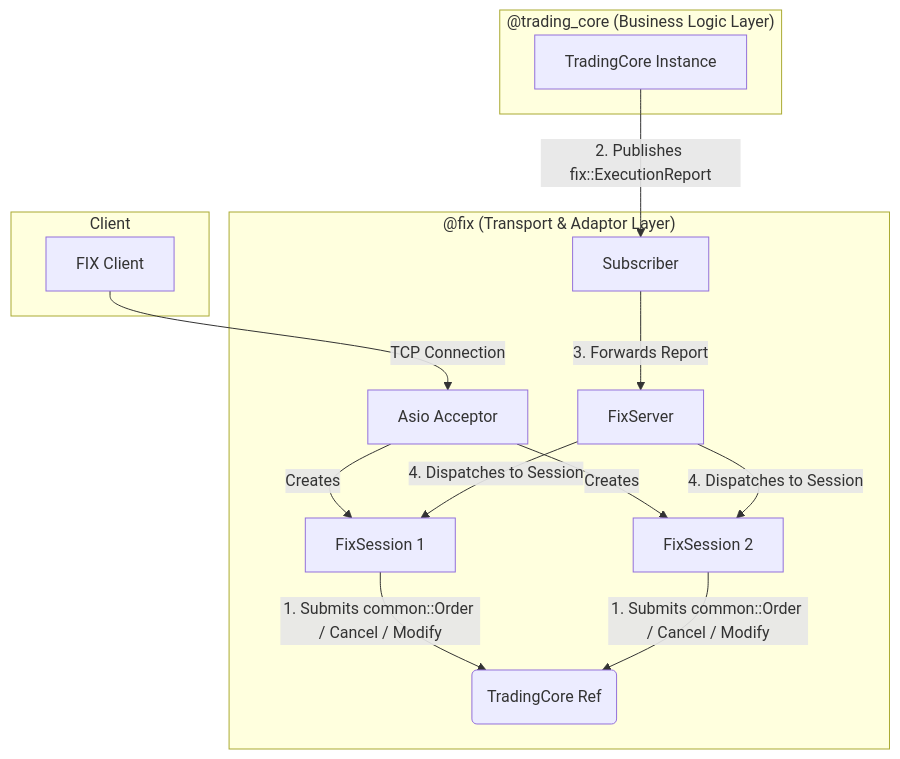
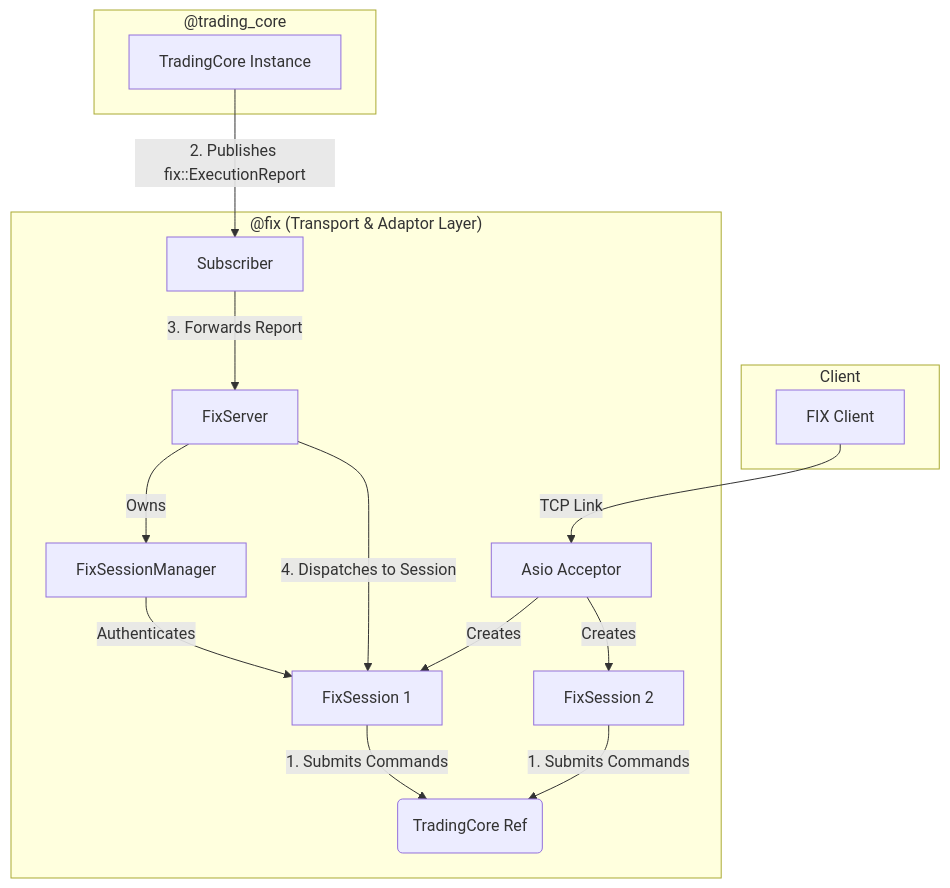
Before and after one commit to SujalChoudhari/BetaTrader: the diagram in core/fix/TSD.md, drawn with Mermaid. The commit also changed other lines of this file and 4 other files, not shown here.

Commit message:
docs: Update TSDs and READMEs to reflect recent architectural changes

````diff
--- a/core/fix/TSD.md
+++ b/core/fix/TSD.md
@@ -13,25 +13,27 @@
 ```mermaid
 graph TD
     subgraph "Client"
         C[FIX Client]
     end
 
     subgraph "@fix (Transport & Adaptor Layer)"
         A[Asio Acceptor] -->|Creates| S1[FixSession 1]
         A -->|Creates| S2[FixSession 2]
         
-        S1 --"1. Submits common::Order / Cancel / Modify"--> TC_REF
-        S2 --"1. Submits common::Order / Cancel / Modify"--> TC_REF
+        S1 --"1. Submits Commands"--> TC_REF
+        S2 --"1. Submits Commands"--> TC_REF
         TC_REF(TradingCore Ref)
 
-        SUB[Subscriber] --"3. Forwards Report"--> SERVER[FixServer]
+        SERVER[FixServer] -- "Owns" --> MGR[FixSessionManager]
+        MGR -- "Authenticates" --> S1
+        
+        SUB[Subscriber] --"3. Forwards Report"--> SERVER
         SERVER --"4. Dispatches to Session"--> S1
-        SERVER --"4. Dispatches to Session"--> S2
     end
 
-    subgraph "@trading_core (Business Logic Layer)"
+    subgraph "@trading_core"
         TC[TradingCore Instance] --"2. Publishes fix::ExecutionReport"--> SUB
     end
 
-    C --"TCP Connection"--> A
+    C --"TCP Link"--> A
 ```
````
